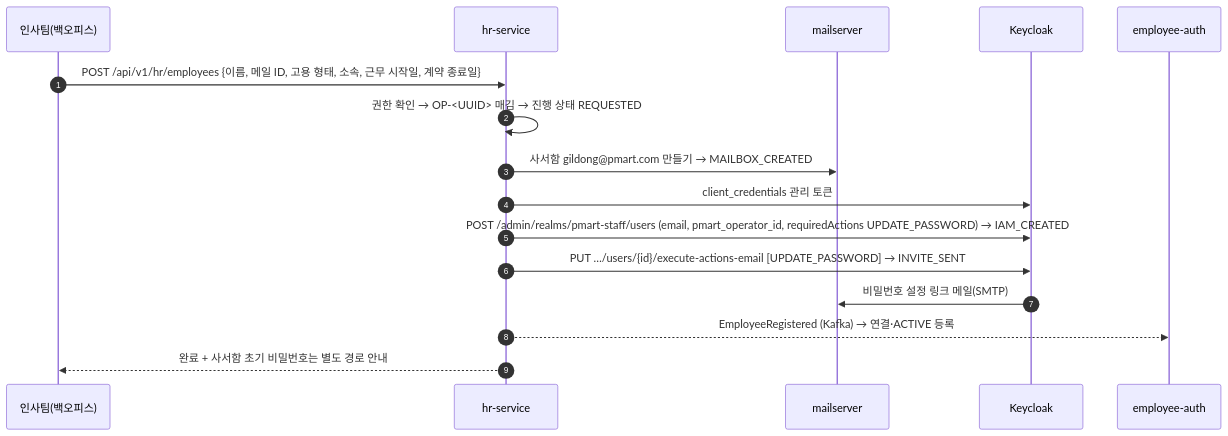
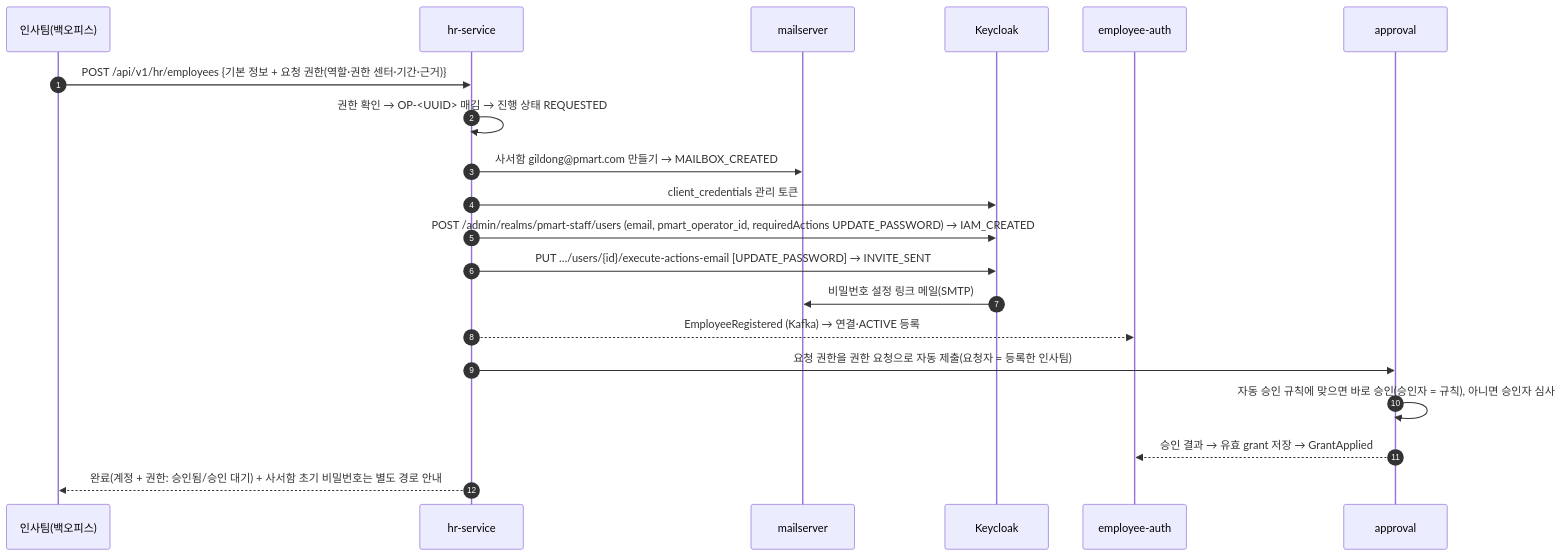
One commit to SOS040/pmart-backend-fork changed the third of 3 diagrams in docs/architecture/auth/employee-auth-structure.md. Above: the diagram before and after it, drawn with Mermaid. The commit also changed other lines of this file, not shown here.

First line of the commit message:
docs(auth): 직원 권한 정본 = employee-auth-service(D1), 등록 화면에서 요청 권한 함께 받기(approval 경유), 자동 승인 = 소속 센터 MFC_WORKER 만

````diff
--- a/docs/architecture/auth/employee-auth-structure.md
+++ b/docs/architecture/auth/employee-auth-structure.md
@@ -184,18 +184,22 @@
 ```mermaid
 sequenceDiagram
   autonumber
   participant HRU as 인사팀(백오피스)
   participant HR as hr-service
   participant MS as mailserver
   participant KC as Keycloak
   participant EA as employee-auth
-  HRU->>HR: POST /api/v1/hr/employees {이름, 메일 ID, 고용 형태, 소속, 근무 시작일, 계약 종료일}
+  participant AP as approval
+  HRU->>HR: POST /api/v1/hr/employees {기본 정보 + 요청 권한(역할·권한 센터·기간·근거)}
   HR->>HR: 권한 확인 → OP-<UUID> 매김 → 진행 상태 REQUESTED
   HR->>MS: 사서함 gildong@pmart.com 만들기 → MAILBOX_CREATED
   HR->>KC: client_credentials 관리 토큰
   HR->>KC: POST /admin/realms/pmart-staff/users (email, pmart_operator_id, requiredActions UPDATE_PASSWORD) → IAM_CREATED
   HR->>KC: PUT …/users/{id}/execute-actions-email [UPDATE_PASSWORD] → INVITE_SENT
   KC->>MS: 비밀번호 설정 링크 메일(SMTP)
   HR-->>EA: EmployeeRegistered (Kafka) → 연결·ACTIVE 등록
-  HR-->>HRU: 완료 + 사서함 초기 비밀번호는 별도 경로 안내
+  HR->>AP: 요청 권한을 권한 요청으로 자동 제출(요청자 = 등록한 인사팀)
+  AP->>AP: 자동 승인 규칙에 맞으면 바로 승인(승인자 = 규칙), 아니면 승인자 심사
+  AP-->>EA: 승인 결과 → 유효 grant 저장 → GrantApplied
+  HR-->>HRU: 완료(계정 + 권한: 승인됨/승인 대기) + 사서함 초기 비밀번호는 별도 경로 안내
 ```
````
